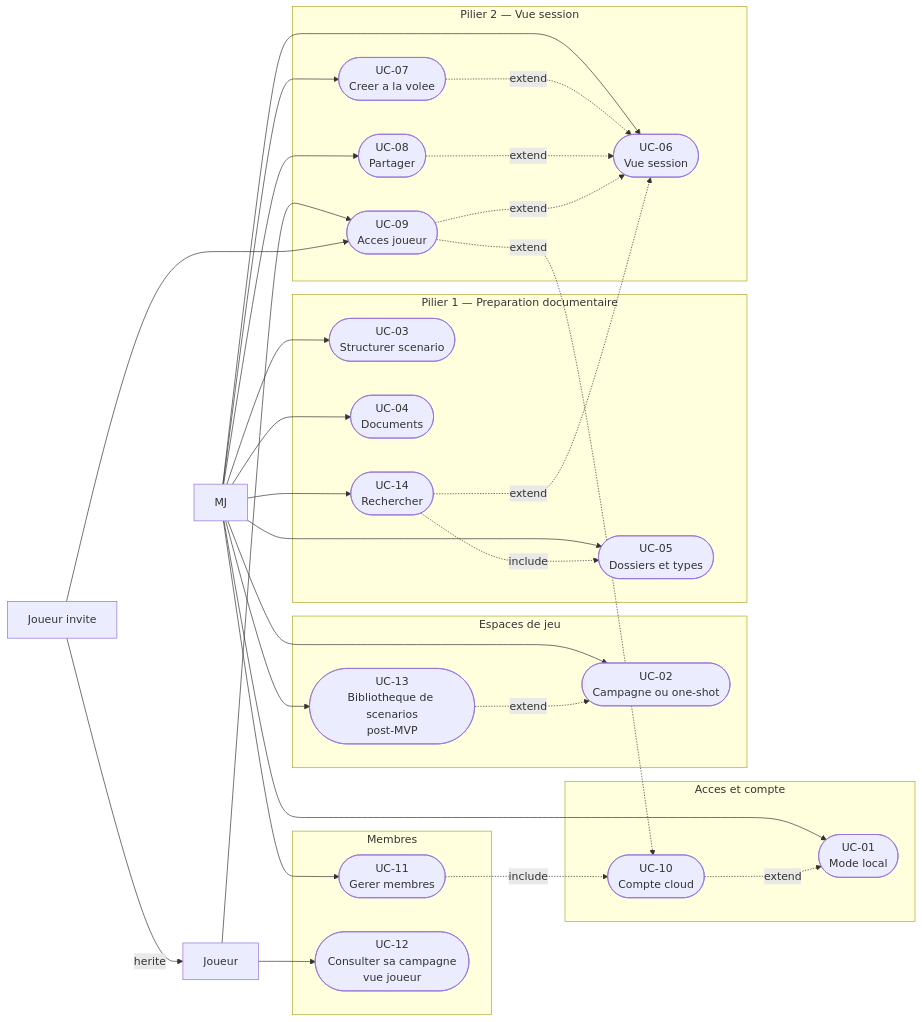
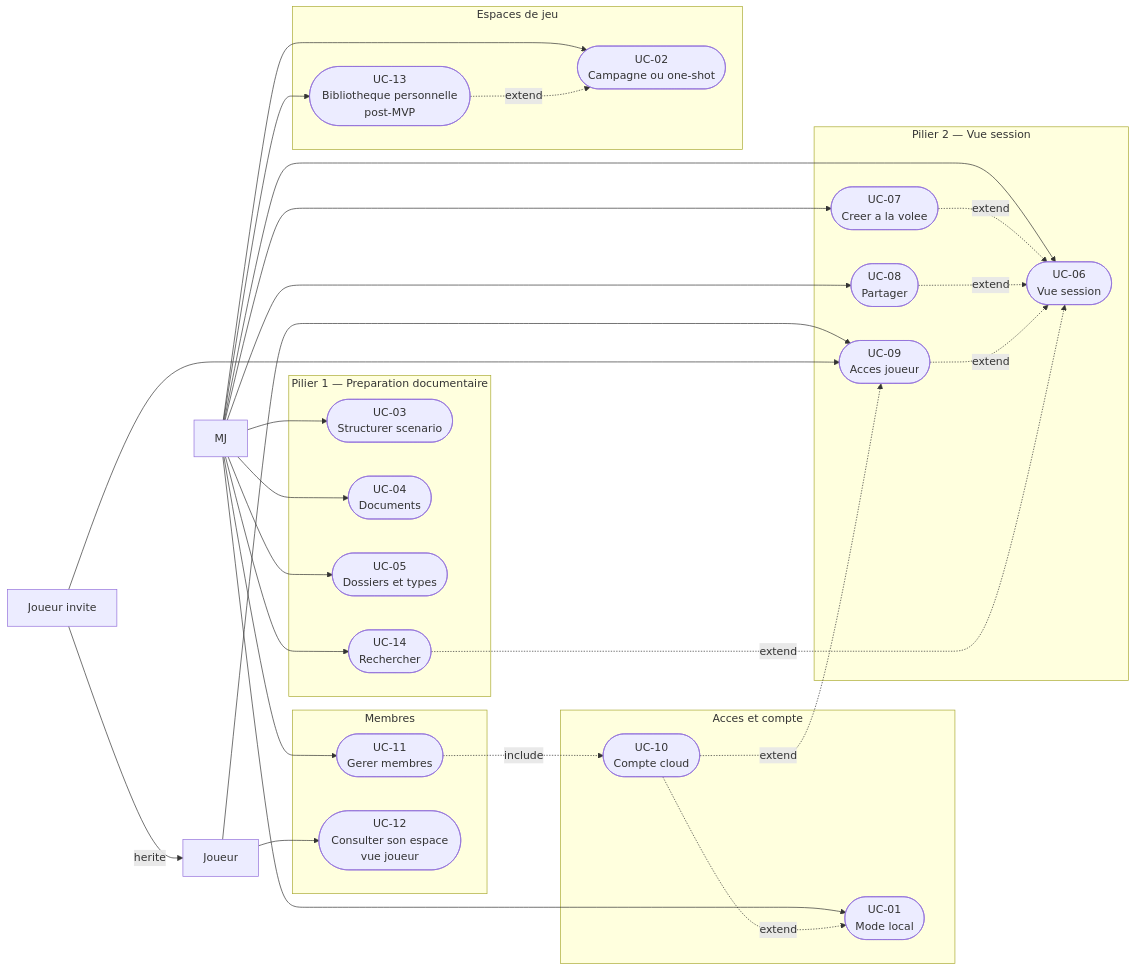
The second of 5 diagrams in docs/besoin/cas-d-utilisation/diagrammes.md (2025-10-CDA-ECO-P6/PM-micro-saas), drawn with Mermaid before and after one commit. The commit also changed other lines of this file, not shown here.

First line of the commit message:
docs(cas-d-utilisation): aligne les diagrammes de cas d'utilisation sur les UC

````diff
--- a/docs/besoin/cas-d-utilisation/diagrammes.md
+++ b/docs/besoin/cas-d-utilisation/diagrammes.md
@@ -78,57 +78,56 @@
 ```mermaid
 flowchart LR
     MJ["MJ"]
     Joueur["Joueur"]
     JInvite["Joueur invite"]
     JInvite -- herite --> Joueur
 
     subgraph ACCES["Acces et compte"]
         UC01(["UC-01\nMode local"])
         UC10(["UC-10\nCompte cloud"])
     end
     subgraph ESPACES["Espaces de jeu"]
         UC02(["UC-02\nCampagne ou one-shot"])
-        UC13(["UC-13\nBibliotheque de scenarios\npost-MVP"])
+        UC13(["UC-13\nBibliotheque personnelle\npost-MVP"])
     end
     subgraph PILIER1["Pilier 1 — Preparation documentaire"]
         UC03(["UC-03\nStructurer scenario"])
         UC04(["UC-04\nDocuments"])
         UC05(["UC-05\nDossiers et types"])
         UC14(["UC-14\nRechercher"])
     end
     subgraph PILIER2["Pilier 2 — Vue session"]
         UC06(["UC-06\nVue session"])
         UC07(["UC-07\nCreer a la volee"])
         UC08(["UC-08\nPartager"])
         UC09(["UC-09\nAcces joueur"])
     end
     subgraph MEMBRES["Membres"]
         UC11(["UC-11\nGerer membres"])
-        UC12(["UC-12\nConsulter sa campagne\nvue joueur"])
+        UC12(["UC-12\nConsulter son espace\nvue joueur"])
     end
 
     MJ --> UC01
     MJ --> UC02
     MJ --> UC03
     MJ --> UC04
     MJ --> UC05
     MJ --> UC13
     MJ --> UC06
     MJ --> UC07
     MJ --> UC08
     MJ --> UC11
     MJ --> UC14
     Joueur --> UC09
     Joueur --> UC12
     JInvite --> UC09
 
     UC10 -.->|"extend"| UC01
     UC13 -.->|"extend"| UC02
     UC07 -.->|"extend"| UC06
     UC08 -.->|"extend"| UC06
     UC09 -.->|"extend"| UC06
     UC14 -.->|"extend"| UC06
-    UC14 -.->|"include"| UC05
     UC11 -.->|"include"| UC10
-    UC09 -.->|"extend"| UC10
+    UC10 -.->|"extend"| UC09
 ```
````
